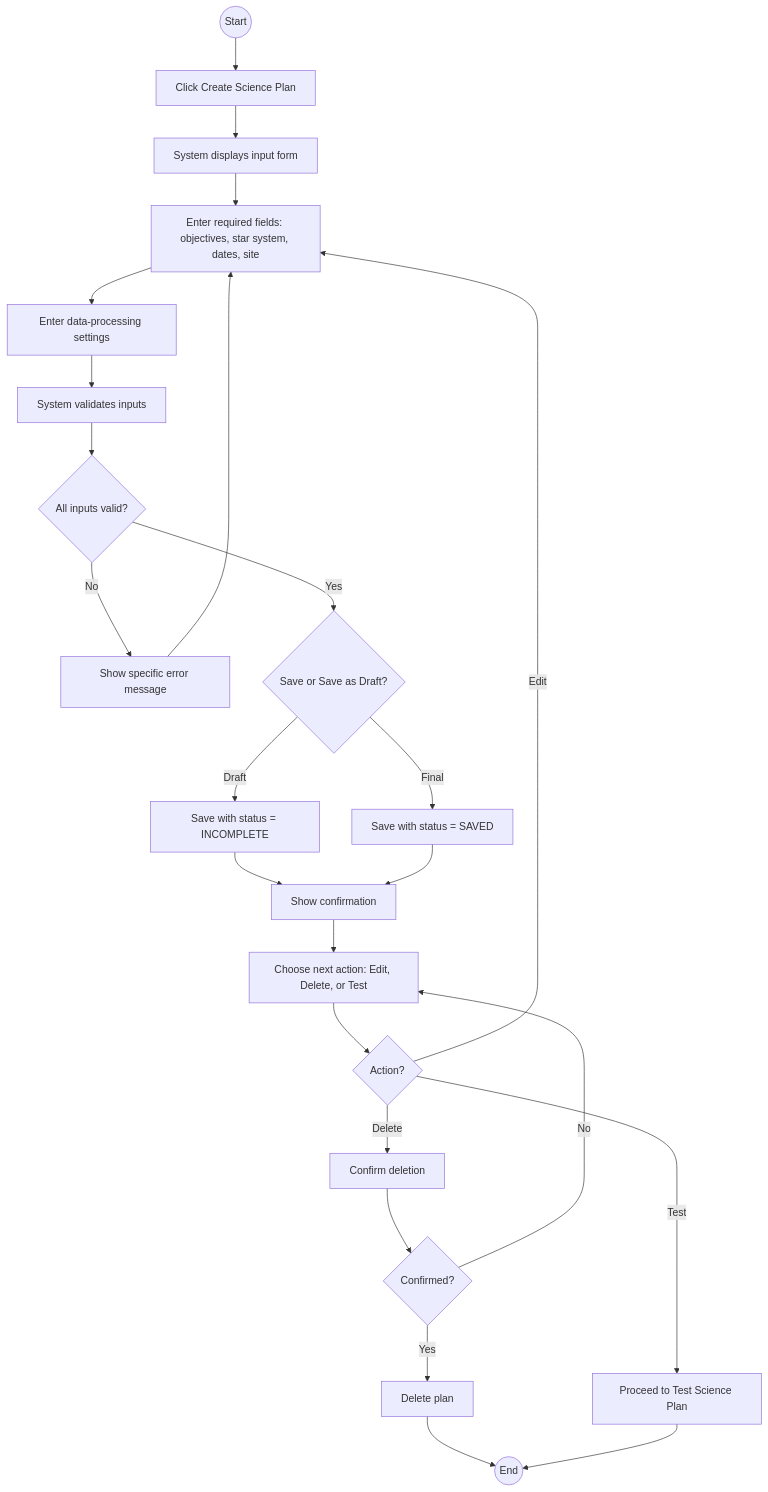
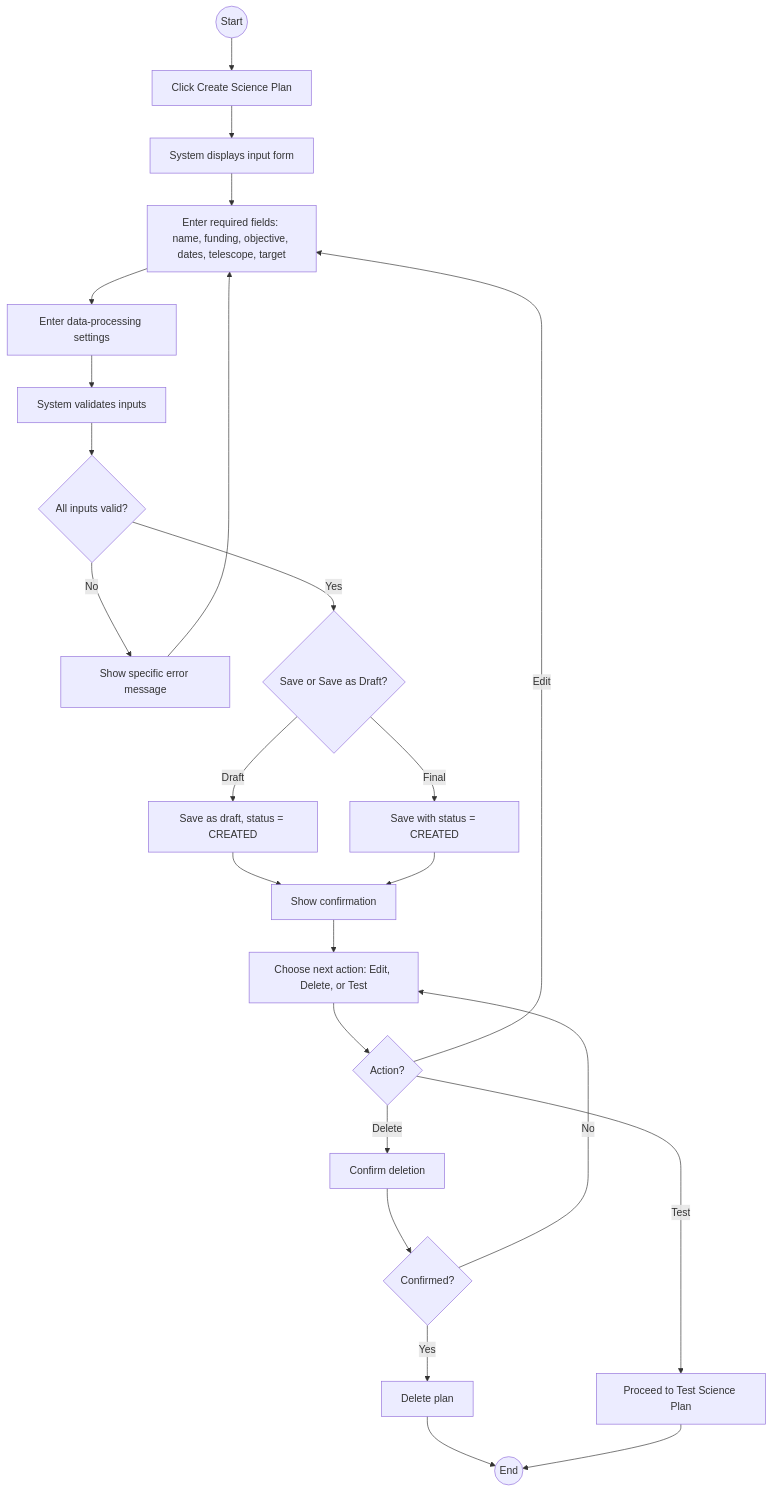
One commit to FantasticRattee/gemini-telescope-control-system changed the second of 3 diagrams in README.md. Above: the diagram before and after it, drawn with Mermaid. The commit also changed other lines of this file and 13 other files, not shown here.

First line of the commit message:
Fix science plan workflow, tests, and use-case diagram

````diff
--- a/README.md
+++ b/README.md
@@ -103,24 +258,24 @@
 ```mermaid
 flowchart TD
     A((Start)) --> B[Click Create Science Plan]
     B --> C[System displays input form]
-    C --> D[Enter required fields: objectives, star system, dates, site]
+    C --> D[Enter required fields: name, funding, objective, dates, telescope, target]
     D --> E[Enter data-processing settings]
     E --> F[System validates inputs]
     F --> G{All inputs valid?}
     G -- No --> H[Show specific error message]
     H --> D
     G -- Yes --> I{Save or Save as Draft?}
-    I -- Draft --> J[Save with status = INCOMPLETE]
-    I -- Final --> K[Save with status = SAVED]
+    I -- Draft --> J[Save as draft, status = CREATED]
+    I -- Final --> K[Save with status = CREATED]
     J --> L[Show confirmation]
     K --> L
     L --> M[Choose next action: Edit, Delete, or Test]
     M --> N{Action?}
     N -- Edit --> D
     N -- Delete --> O[Confirm deletion]
     O --> P{Confirmed?}
     P -- Yes --> Q[Delete plan] --> R((End))
     P -- No --> M
     N -- Test --> S[Proceed to Test Science Plan] --> R
 ```
````
